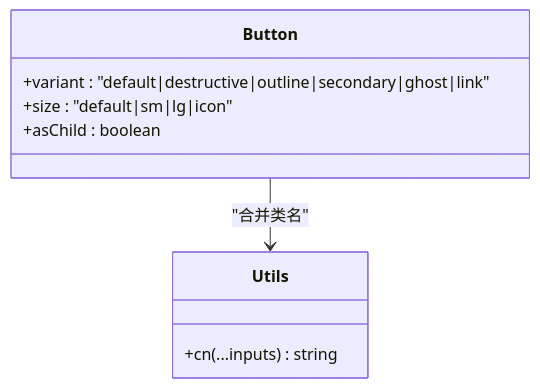
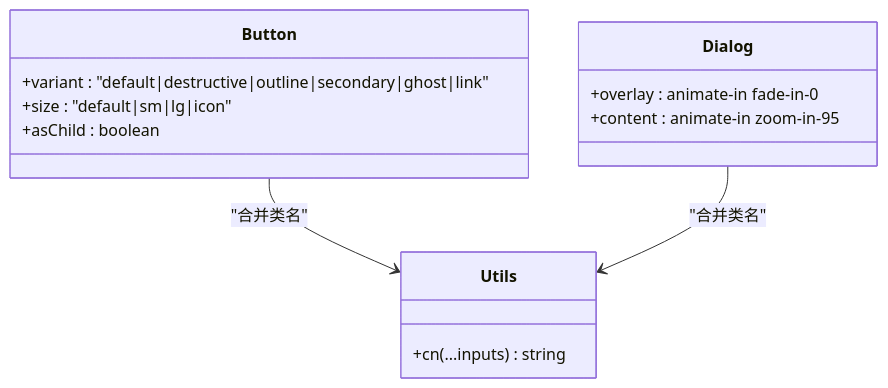
One commit to gongzeq/VAPT3 changed the fourth of 6 diagrams in .qoder/repowiki/zh/content/WebUI前端系统/样式与主题系统.md. Above: the diagram before and after it, drawn with Mermaid. The commit also changed other lines of this file and 33 other files, not shown here.

````diff
--- a/.qoder/repowiki/zh/content/WebUI前端系统/样式与主题系统.md
+++ b/.qoder/repowiki/zh/content/WebUI前端系统/样式与主题系统.md
@@ -205,12 +236,17 @@
 ```mermaid
 classDiagram
 class Button {
 +variant : "default|destructive|outline|secondary|ghost|link"
 +size : "default|sm|lg|icon"
 +asChild : boolean
 }
+class Dialog {
++overlay : animate-in fade-in-0
++content : animate-in zoom-in-95
+}
 class Utils {
 +cn(...inputs) string
 }
 Button --> Utils : "合并类名"
+Dialog --> Utils : "合并类名"
 ```
````
